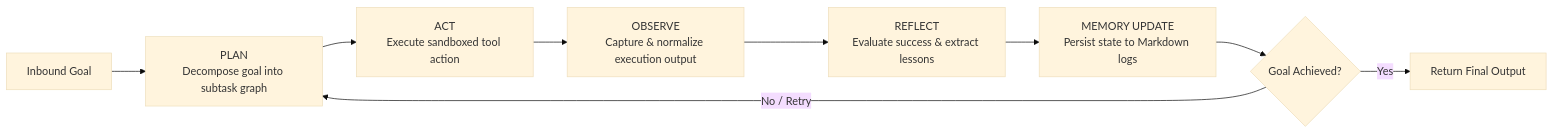
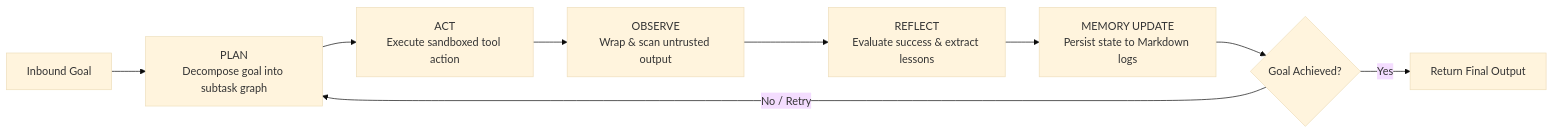
One commit to AbdullahMalik17/malikclaw changed the second of 2 diagrams in README.md. Above: the diagram before and after it, drawn with Mermaid (base theme). The commit also changed other lines of this file and 88 other files, not shown here.

````diff
--- a/README.md
+++ b/README.md
@@ -185,11 +237,11 @@
 ```mermaid
 graph LR
     Goal["Inbound Goal"] --> PLAN["PLAN<br/>Decompose goal into subtask graph"]
     PLAN --> ACT["ACT<br/>Execute sandboxed tool action"]
-    ACT --> OBSERVE["OBSERVE<br/>Capture &amp; normalize execution output"]
-    OBSERVE --> REFLECT["REFLECT<br/>Evaluate success &amp; extract lessons"]
+    ACT --> OBSERVE["OBSERVE<br/>Wrap & scan untrusted output"]
+    OBSERVE --> REFLECT["REFLECT<br/>Evaluate success & extract lessons"]
     REFLECT --> MEMORY["MEMORY UPDATE<br/>Persist state to Markdown logs"]
     MEMORY --> Choice{"Goal Achieved?"}
     Choice -- "No / Retry" --> PLAN
     Choice -- "Yes" --> Response["Return Final Output"]
 ```
````
